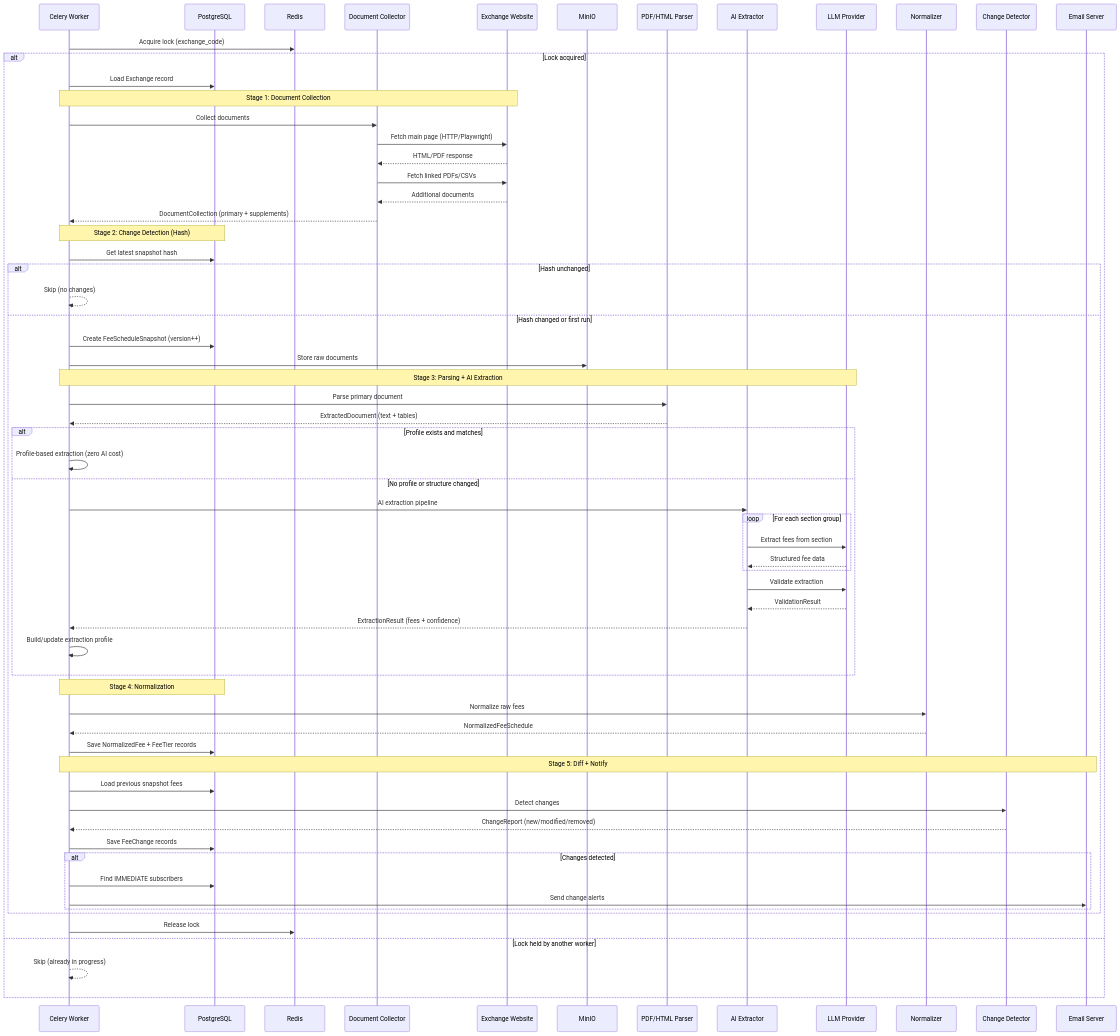
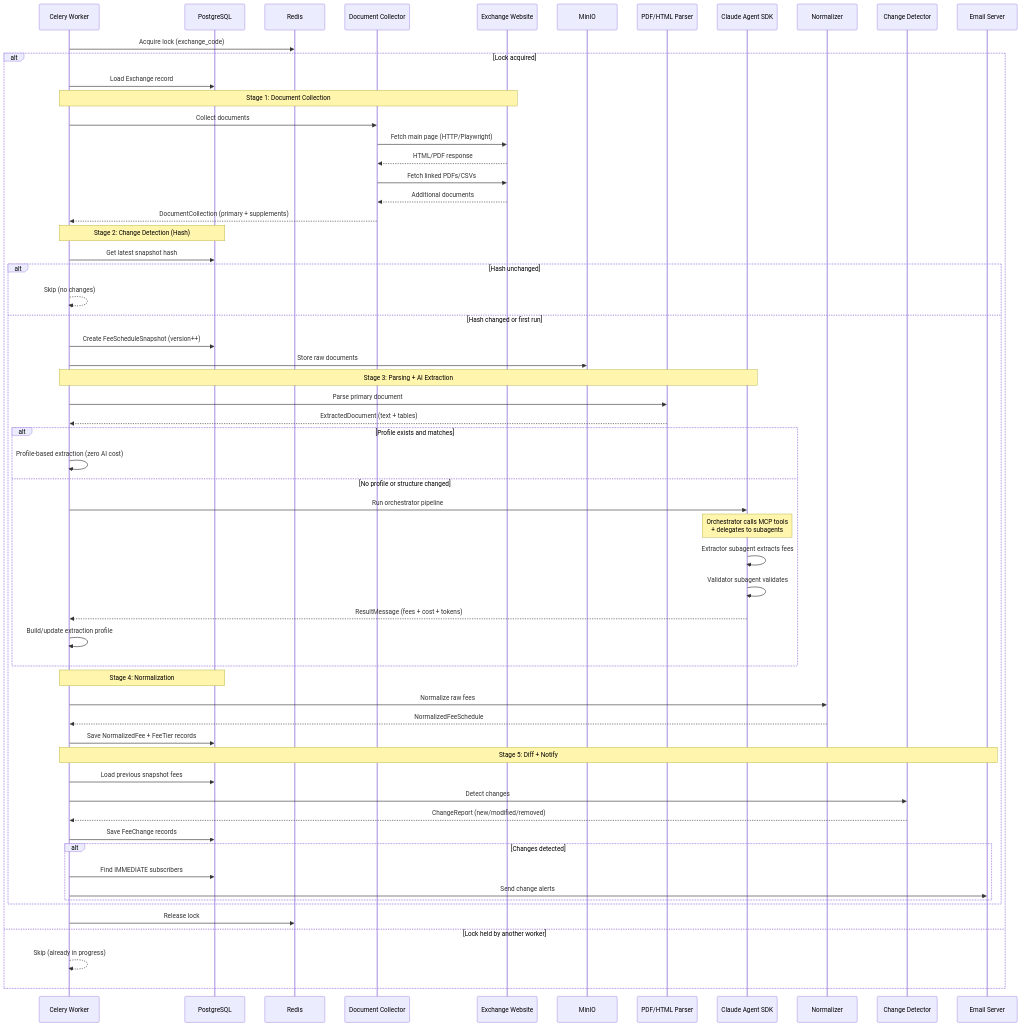
One commit to seoyds/exnot changed the second of 7 diagrams in docs/wiki/Pipeline-Deep-Dive.md. Above: the diagram before and after it, drawn with Mermaid. The commit also changed other lines of this file and 11 other files, not shown here.

First line of the commit message:
docs: update wiki to reflect Claude Agent SDK migration

````diff
--- a/docs/wiki/Pipeline-Deep-Dive.md
+++ b/docs/wiki/Pipeline-Deep-Dive.md
@@ -27,74 +27,70 @@
 ```mermaid
 sequenceDiagram
     participant Celery as Celery Worker
     participant DB as PostgreSQL
     participant Redis
     participant Scraper as Document Collector
     participant Exchange as Exchange Website
     participant MinIO
     participant Parser as PDF/HTML Parser
-    participant AI as AI Extractor
-    participant LLM as LLM Provider
+    participant AI as Claude Agent SDK
     participant Normalizer
     participant Differ as Change Detector
     participant SMTP as Email Server
 
     Celery->>Redis: Acquire lock (exchange_code)
     alt Lock acquired
         Celery->>DB: Load Exchange record
 
         Note over Celery,Exchange: Stage 1: Document Collection
         Celery->>Scraper: Collect documents
         Scraper->>Exchange: Fetch main page (HTTP/Playwright)
         Exchange-->>Scraper: HTML/PDF response
         Scraper->>Exchange: Fetch linked PDFs/CSVs
         Exchange-->>Scraper: Additional documents
         Scraper-->>Celery: DocumentCollection (primary + supplements)
 
         Note over Celery,DB: Stage 2: Change Detection (Hash)
         Celery->>DB: Get latest snapshot hash
         alt Hash unchanged
             Celery-->>Celery: Skip (no changes)
         else Hash changed or first run
             Celery->>DB: Create FeeScheduleSnapshot (version++)
             Celery->>MinIO: Store raw documents
 
-            Note over Celery,LLM: Stage 3: Parsing + AI Extraction
+            Note over Celery,AI: Stage 3: Parsing + AI Extraction
             Celery->>Parser: Parse primary document
             Parser-->>Celery: ExtractedDocument (text + tables)
 
             alt Profile exists and matches
                 Celery->>Celery: Profile-based extraction (zero AI cost)
             else No profile or structure changed
-                Celery->>AI: AI extraction pipeline
-                loop For each section group
-                    AI->>LLM: Extract fees from section
-                    LLM-->>AI: Structured fee data
-                end
-                AI->>LLM: Validate extraction
-                LLM-->>AI: ValidationResult
-                AI-->>Celery: ExtractionResult (fees + confidence)
+                Celery->>AI: Run orchestrator pipeline
+                Note over AI: Orchestrator calls MCP tools<br/>+ delegates to subagents
+                AI->>AI: Extractor subagent extracts fees
+                AI->>AI: Validator subagent validates
+                AI-->>Celery: ResultMessage (fees + cost + tokens)
                 Celery->>Celery: Build/update extraction profile
             end
 
             Note over Celery,DB: Stage 4: Normalization
             Celery->>Normalizer: Normalize raw fees
             Normalizer-->>Celery: NormalizedFeeSchedule
             Celery->>DB: Save NormalizedFee + FeeTier records
 
             Note over Celery,SMTP: Stage 5: Diff + Notify
             Celery->>DB: Load previous snapshot fees
             Celery->>Differ: Detect changes
             Differ-->>Celery: ChangeReport (new/modified/removed)
             Celery->>DB: Save FeeChange records
 
             alt Changes detected
                 Celery->>DB: Find IMMEDIATE subscribers
                 Celery->>SMTP: Send change alerts
             end
         end
         Celery->>Redis: Release lock
     else Lock held by another worker
         Celery-->>Celery: Skip (already in progress)
     end
 ```
````
